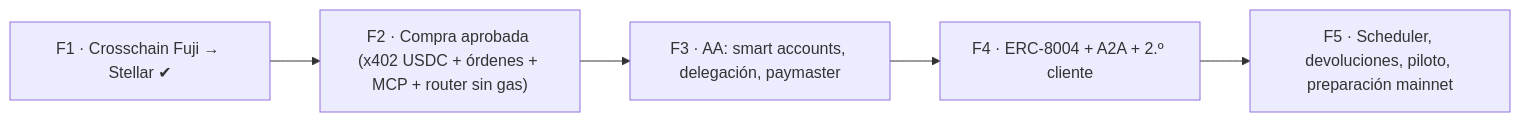
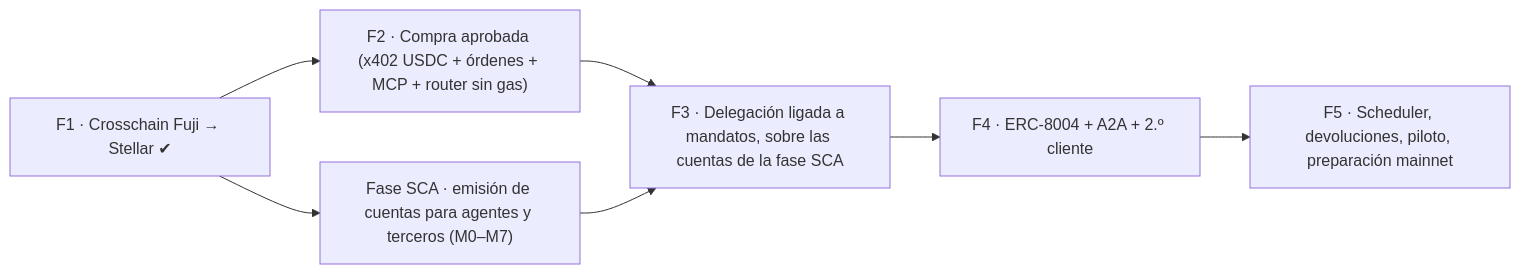
Before and after one commit to TilcAI/documentation: the seventh of 7 diagrams in TILCAI_PLAN_ARQUITECTURA_BACKEND_INFRA_2026-10-02.md, drawn with Mermaid. The commit also changed other lines of this file and 1 other file, not shown here.

First line of the commit message:
docs: fase SCA (emisión de cuentas para agentes y terceros) y plan de arquitectura v1.1

````diff
--- a/TILCAI_PLAN_ARQUITECTURA_BACKEND_INFRA_2026-10-02.md
+++ b/TILCAI_PLAN_ARQUITECTURA_BACKEND_INFRA_2026-10-02.md
@@ -763,7 +824,9 @@
 ```mermaid
 flowchart LR
     F1["F1 · Crosschain Fuji → Stellar ✔"] --> F2["F2 · Compra aprobada (x402 USDC + órdenes + MCP + router sin gas)"]
-    F2 --> F3["F3 · AA: smart accounts, delegación, paymaster"]
+    F1 --> SCA["Fase SCA · emisión de cuentas para agentes y terceros (M0–M7)"]
+    F2 --> F3["F3 · Delegación ligada a mandatos, sobre las cuentas de la fase SCA"]
+    SCA --> F3
     F3 --> F4["F4 · ERC-8004 + A2A + 2.º cliente"]
     F4 --> F5["F5 · Scheduler, devoluciones, piloto, preparación mainnet"]
 ```
````
